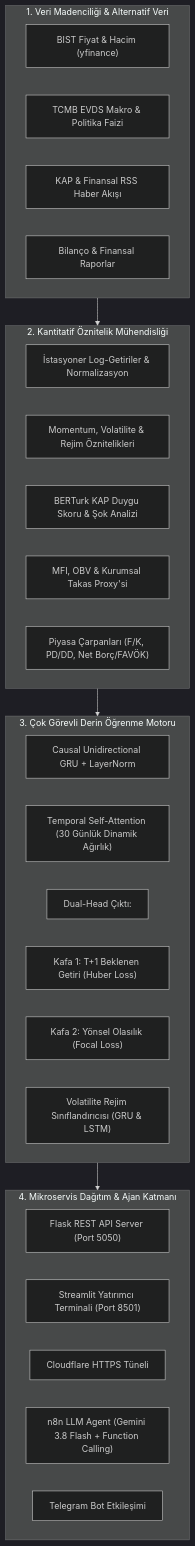
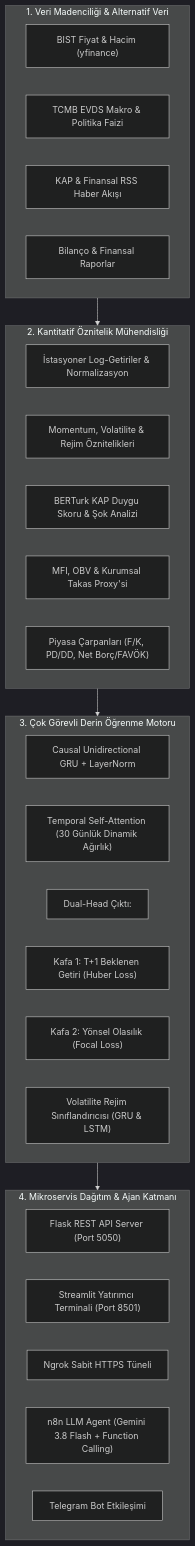
Before and after one commit to ahmetcanarin/BIST_TugACA: the diagram in README.md, drawn with Mermaid (dark theme). The commit also changed other lines of this file and 1 other file, not shown here.

Commit message:
refactor: sync_tunnel.py kaldirildi ve README ngrok mimarisine guncellendi

````diff
--- a/README.md
+++ b/README.md
@@ -24,38 +24,38 @@
 ```mermaid
 flowchart TD
     subgraph Data_Pipeline["1. Veri Madenciliği & Alternatif Veri"]
         A1["BIST Fiyat & Hacim (yfinance)"]
         A2["TCMB EVDS Makro & Politika Faizi"]
         A3["KAP & Finansal RSS Haber Akışı"]
         A4["Bilanço & Finansal Raporlar"]
     end
 
     subgraph Feature_Engineering["2. Kantitatif Öznitelik Mühendisliği"]
         B1["İstasyoner Log-Getiriler & Normalizasyon"]
         B2["Momentum, Volatilite & Rejim Öznitelikleri"]
         B3["BERTurk KAP Duygu Skoru & Şok Analizi"]
         B4["MFI, OBV & Kurumsal Takas Proxy'si"]
         B5["Piyasa Çarpanları (F/K, PD/DD, Net Borç/FAVÖK)"]
     end
 
     subgraph Deep_Learning["3. Çok Görevli Derin Öğrenme Motoru"]
         C1["Causal Unidirectional GRU + LayerNorm"]
         C2["Temporal Self-Attention (30 Günlük Dinamik Ağırlık)"]
         C3["Dual-Head Çıktı:"]
         C3A["Kafa 1: T+1 Beklenen Getiri (Huber Loss)"]
         C3B["Kafa 2: Yönsel Olasılık (Focal Loss)"]
         C4["Volatilite Rejim Sınıflandırıcısı (GRU & LSTM)"]
     end
 
     subgraph Serving_Layer["4. Mikroservis Dağıtım & Ajan Katmanı"]
         D1["Flask REST API Server (Port 5050)"]
         D2["Streamlit Yatırımcı Terminali (Port 8501)"]
-        D3["Cloudflare HTTPS Tüneli"]
+        D3["Ngrok Sabit HTTPS Tüneli"]
         D4["n8n LLM Agent (Gemini 3.8 Flash + Function Calling)"]
         D5["Telegram Bot Etkileşimi"]
     end
 
     Data_Pipeline --> Feature_Engineering
     Feature_Engineering --> Deep_Learning
     Deep_Learning --> Serving_Layer
 ```
````
